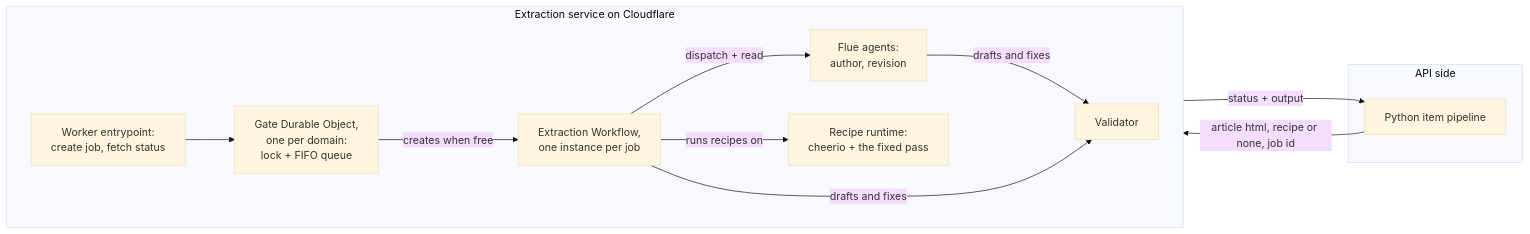
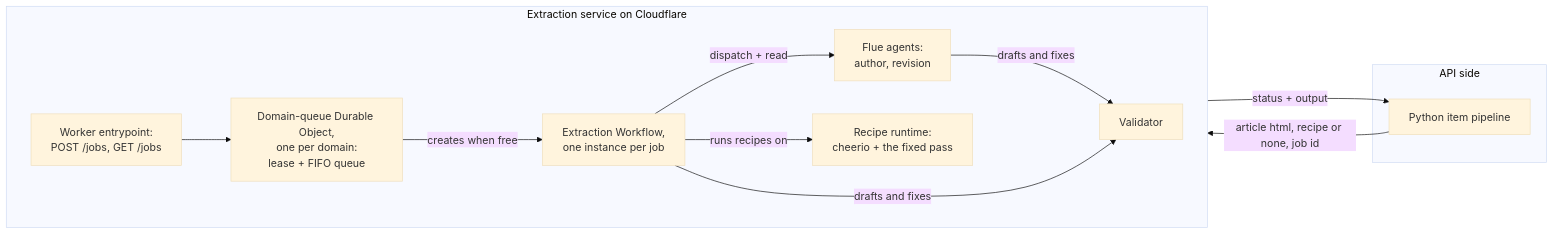
One commit to asermax/nagara changed the first of 3 diagrams in docs/technical-design/extraction-service.md. Above: the diagram before and after it, drawn with Mermaid (base theme). The commit also changed other lines of this file and 4 other files, not shown here.

````diff
--- a/docs/technical-design/extraction-service.md
+++ b/docs/technical-design/extraction-service.md
@@ -15,17 +15,17 @@
 ```mermaid
 flowchart LR
   subgraph inputs [API side]
     api[Python item pipeline]
   end
   subgraph service [Extraction service on Cloudflare]
     direction LR
-    entry["Worker entrypoint:<br/>create job, fetch status"] --> gate["Gate Durable Object,<br/>one per domain:<br/>lock + FIFO queue"]
-    gate -->|"creates when free"| wf["Extraction Workflow,<br/>one instance per job"]
+    entry["Worker entrypoint:<br/>POST /jobs, GET /jobs"] --> queue["Domain-queue Durable Object,<br/>one per domain:<br/>lease + FIFO queue"]
+    queue -->|"creates when free"| wf["Extraction Workflow,<br/>one instance per job"]
     wf -->|"dispatch + read"| agents["Flue agents:<br/>author, revision"]
     wf -->|"runs recipes on"| runtime["Recipe runtime:<br/>cheerio + the fixed pass"]
     agents -->|"drafts and fixes"| validator[Validator]
     wf -->|"drafts and fixes"| validator
   end
   api -->|"article html, recipe or none, job id"| entry
   entry -->|"status + output"| api
 ```
````
